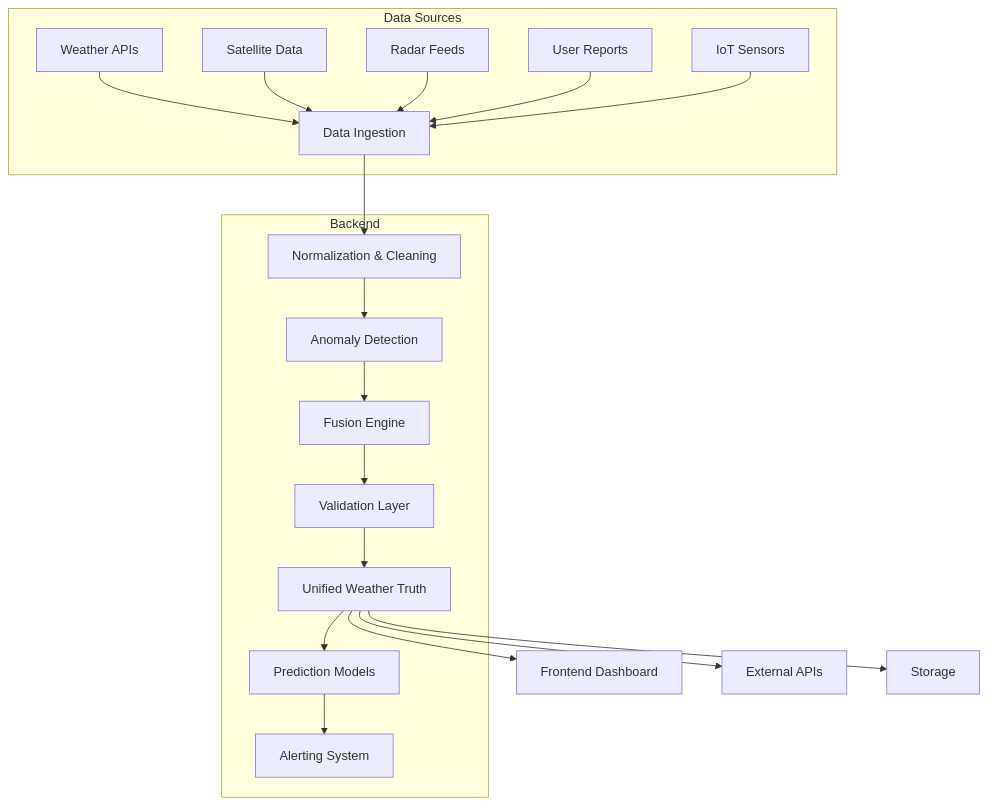
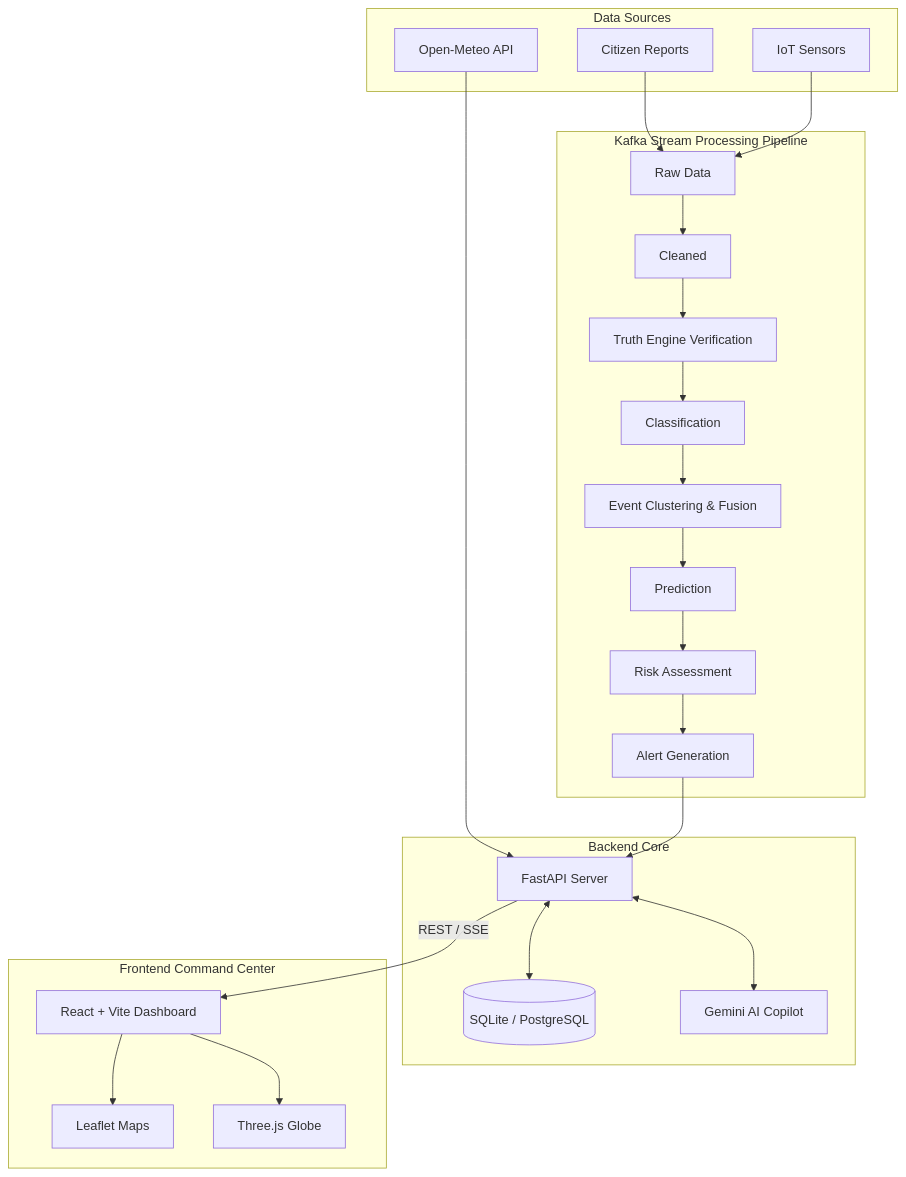
Before and after one commit to Sabesh1/SkyFusionX: the diagram in README.md, drawn with Mermaid. The commit also changed other lines of this file, not shown here.

Commit message:
docs: rewrite README to document SIH26069 system architecture and pipeline

````diff
--- a/README.md
+++ b/README.md
@@ -35,25 +30,42 @@
 ```mermaid
 graph TD
     subgraph Data Sources
-        A[Weather APIs] --> F
-        B[Satellite Data] --> F
-        C[Radar Feeds] --> F
-        D[User Reports] --> F
-        E[IoT Sensors] --> F
+        API[Open-Meteo API]
+        CITIZEN[Citizen Reports]
+        IOT[IoT Sensors]
     end
 
-    subgraph Backend
-        F[Data Ingestion] --> G[Normalization & Cleaning]
-        G --> H[Anomaly Detection]
-        H --> I[Fusion Engine]
-        I --> J[Validation Layer]
-        J --> K[Unified Weather Truth]
-        
-        K --> L[Prediction Models]
-        L --> M[Alerting System]
+    subgraph Kafka Stream Processing Pipeline
+        RAW[Raw Data] --> CLEAN[Cleaned]
+        CLEAN --> TRUTH[Truth Engine Verification]
+        TRUTH --> CLASS[Classification]
+        CLASS --> CLUST[Event Clustering & Fusion]
+        CLUST --> PRED[Prediction]
+        PRED --> RISK[Risk Assessment]
+        RISK --> ALERT[Alert Generation]
     end
 
-    K --> N[Frontend Dashboard]
-    K --> O[External APIs]
-    K --> P[Storage]
+    subgraph Backend Core
+        FASTAPI[FastAPI Server]
+        DB[(SQLite / PostgreSQL)]
+        COPILOT[Gemini AI Copilot]
+    end
+
+    subgraph Frontend Command Center
+        REACT[React + Vite Dashboard]
+        MAP[Leaflet Maps]
+        GLOBE[Three.js Globe]
+    end
+
+    API --> FASTAPI
+    CITIZEN --> RAW
+    IOT --> RAW
+    
+    ALERT --> FASTAPI
+    FASTAPI <--> DB
+    FASTAPI <--> COPILOT
+    
+    FASTAPI -->|REST / SSE| REACT
+    REACT --> MAP
+    REACT --> GLOBE
 ```
````
